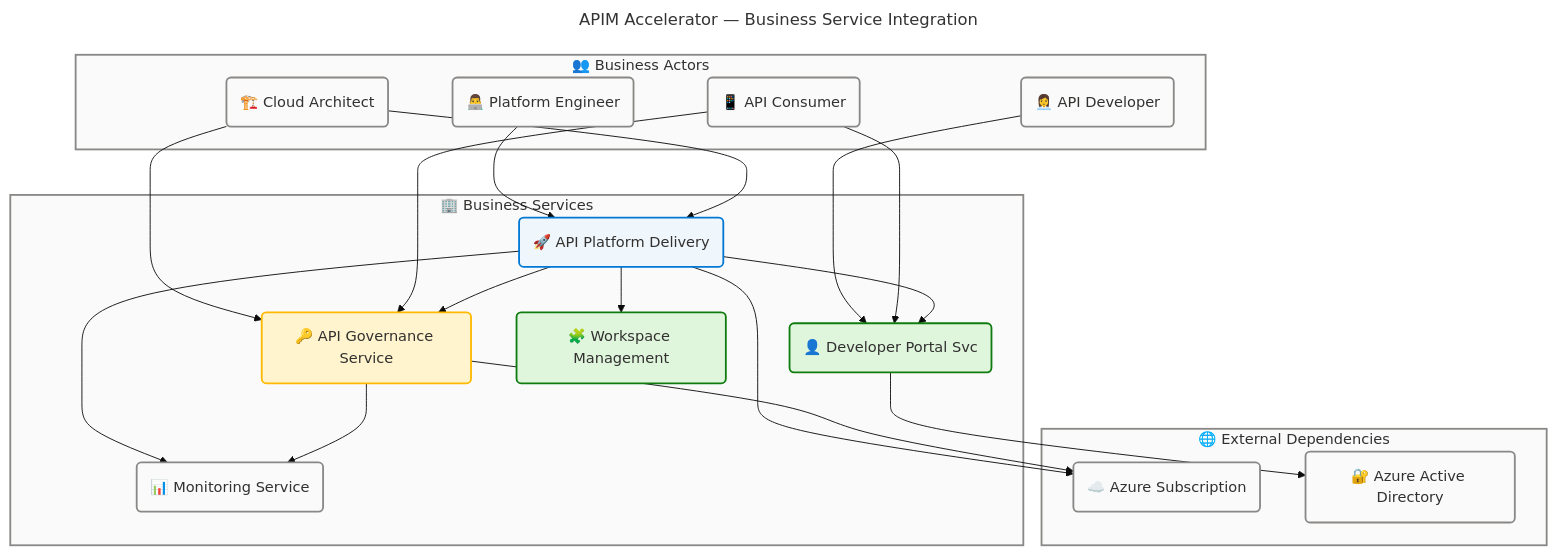
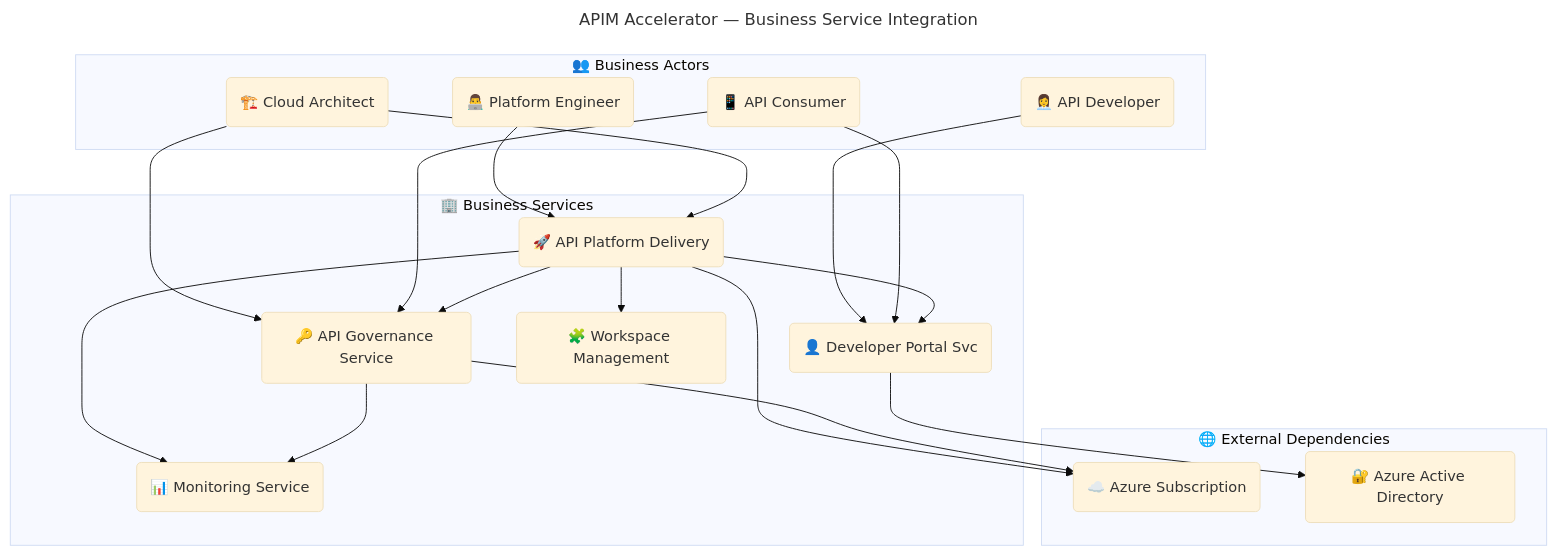
The fourth of 6 diagrams in docs/architecture/business-architecture.md (Evilazaro/APIM-Accelerator), drawn with Mermaid before and after one commit. The commit also changed other lines of this file and 1 other file, not shown here.

Commit message:
style: remove redundant comments and streamline flowchart styles for clarity in data architecture documentation

````diff
--- a/docs/architecture/business-architecture.md
+++ b/docs/architecture/business-architecture.md
@@ -598,71 +586,55 @@
 ```mermaid
 ---
 title: "APIM Accelerator — Business Service Integration"
 config:
   theme: base
   look: classic
   layout: dagre
   themeVariables:
     fontSize: '16px'
   flowchart:
     htmlLabels: true
 ---
 flowchart TB
     accTitle: Business Service Integration Map
     accDescr: Business actor roles consuming business services which depend on Technology and external components — showing unidirectional dependency chains across actors, business services, and external dependencies
 
-    %% ═══════════════════════════════════════════════════════════════════════════
-    %% AZURE / FLUENT ARCHITECTURE PATTERN v1.1
-    %% (Semantic + Structural + Font + Accessibility Governance)
-    %% ═══════════════════════════════════════════════════════════════════════════
-    %% PHASE 1 - FLUENT UI: All styling uses approved Fluent UI palette only
-    %% PHASE 2 - GROUPS: Every subgraph has semantic color via style directive
-    %% PHASE 3 - COMPONENTS: Every node has semantic classDef + icon prefix
-    %% PHASE 4 - ACCESSIBILITY: accTitle/accDescr present, WCAG AA contrast
-    %% PHASE 5 - STANDARD: Governance block present, classDefs centralized
-    %% ═══════════════════════════════════════════════════════════════════════════
+
 
     subgraph actors["👥 Business Actors"]
         actor1("👨‍💻 Platform Engineer"):::neutral
         actor2("🏗️ Cloud Architect"):::neutral
         actor3("👩‍💼 API Developer"):::neutral
         actor4("📱 API Consumer"):::neutral
     end
 
     subgraph bizServices["🏢 Business Services"]
         bs1("🚀 API Platform Delivery"):::core
         bs2("📊 Monitoring Service"):::neutral
         bs3("🔑 API Governance Service"):::warning
         bs4("👤 Developer Portal Svc"):::success
         bs5("🧩 Workspace Management"):::success
     end
 
     subgraph external["🌐 External Dependencies"]
         ext1("☁️ Azure Subscription"):::neutral
         ext2("🔐 Azure Active Directory"):::neutral
     end
 
     actor1 --> bs1
     actor2 --> bs1
     actor2 --> bs3
     actor3 --> bs4
     actor4 --> bs4
     actor4 --> bs3
     bs1 --> bs2
     bs1 --> bs3
     bs1 --> bs4
     bs1 --> bs5
     bs3 --> bs2
     bs1 --> ext1
     bs4 --> ext2
     bs3 --> ext1
 
-    style actors fill:#FAFAFA,stroke:#8A8886,stroke-width:2px,color:#323130
-    style bizServices fill:#FAFAFA,stroke:#8A8886,stroke-width:2px,color:#323130
-    style external fill:#FAFAFA,stroke:#8A8886,stroke-width:2px,color:#323130
 
-    classDef neutral fill:#FAFAFA,stroke:#8A8886,stroke-width:2px,color:#323130
-    classDef core fill:#EFF6FC,stroke:#0078D4,stroke-width:2px,color:#323130
-    classDef success fill:#DFF6DD,stroke:#107C10,stroke-width:2px,color:#323130
-    classDef warning fill:#FFF4CE,stroke:#FFB900,stroke-width:2px,color:#323130
 ```
````
